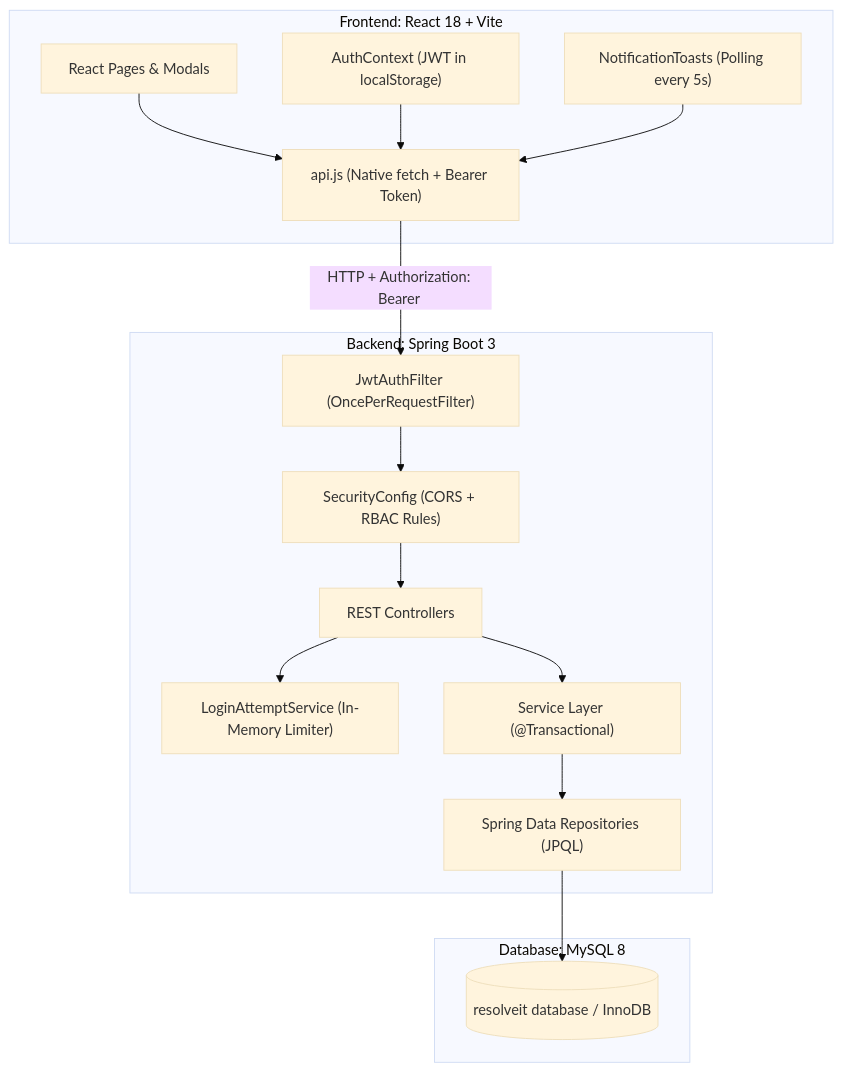
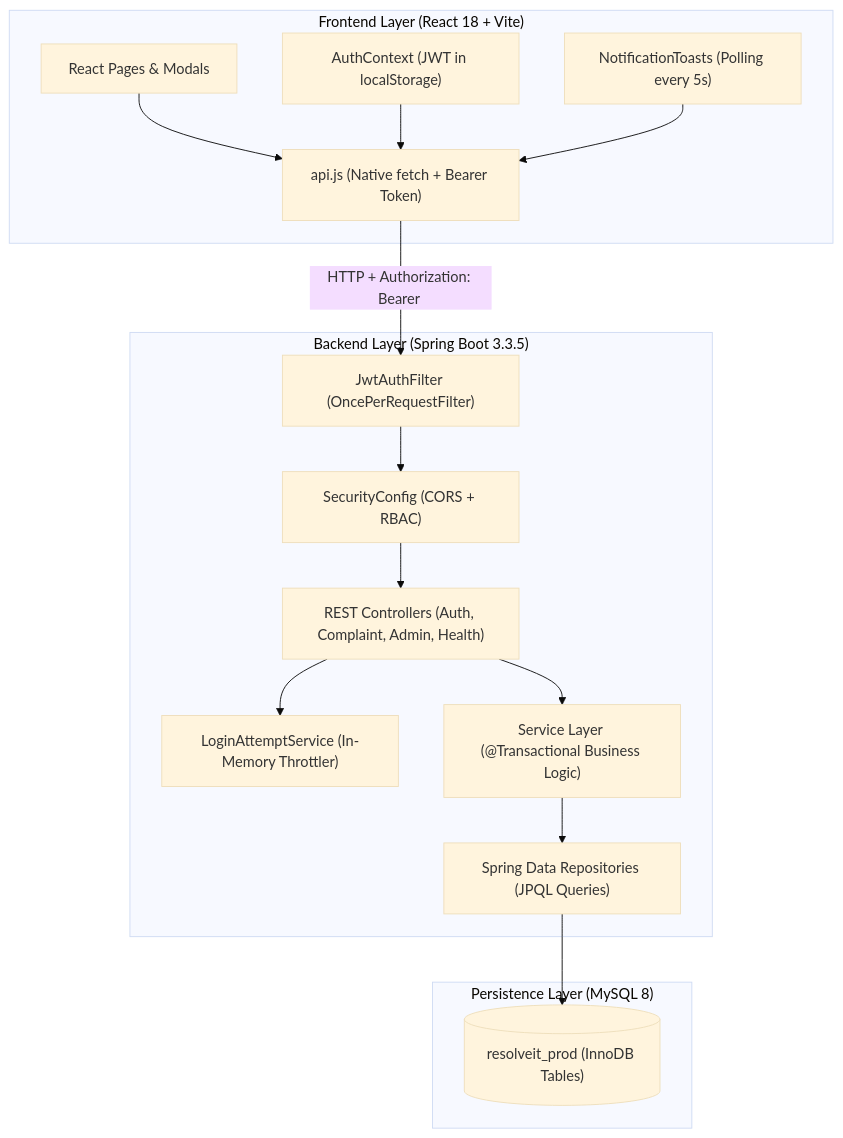
The second of 4 diagrams in README.md (Ramprasad-Prajapat/resolveit-smart-ticket-system), drawn with Mermaid (base theme) before and after one commit. The commit also changed other lines of this file, not shown here.

````diff
--- a/README.md
+++ b/README.md
@@ -32,33 +138,33 @@
 ```mermaid
 flowchart TD
-    subgraph Client["Frontend: React 18 + Vite"]
+    subgraph Frontend["Frontend Layer (React 18 + Vite)"]
         UI["React Pages & Modals"]
         API["api.js (Native fetch + Bearer Token)"]
         Auth["AuthContext (JWT in localStorage)"]
         Notif["NotificationToasts (Polling every 5s)"]
     end
 
-    subgraph Server["Backend: Spring Boot 3"]
+    subgraph Backend["Backend Layer (Spring Boot 3.3.5)"]
         JWT["JwtAuthFilter (OncePerRequestFilter)"]
-        Sec["SecurityConfig (CORS + RBAC Rules)"]
-        Throttle["LoginAttemptService (In-Memory Limiter)"]
-        Ctrl["REST Controllers"]
-        Svc["Service Layer (@Transactional)"]
-        Repo["Spring Data Repositories (JPQL)"]
+        Sec["SecurityConfig (CORS + RBAC)"]
+        RateLimit["LoginAttemptService (In-Memory Throttler)"]
+        Controllers["REST Controllers (Auth, Complaint, Admin, Health)"]
+        Services["Service Layer (@Transactional Business Logic)"]
+        Repos["Spring Data Repositories (JPQL Queries)"]
     end
 
-    subgraph DB["Database: MySQL 8"]
-        MySQL[("resolveit database / InnoDB")]
+    subgraph Database["Persistence Layer (MySQL 8)"]
+        DB[("resolveit_prod (InnoDB Tables)")]
     end
 
     UI --> API
     Auth --> API
     Notif --> API
-    API -- "HTTP + Authorization: Bearer <token>" --> JWT
+    API -->|HTTP + Authorization: Bearer <token>| JWT
     JWT --> Sec
-    Sec --> Ctrl
-    Ctrl --> Throttle
-    Ctrl --> Svc
-    Svc --> Repo
-    Repo --> MySQL
+    Sec --> Controllers
+    Controllers --> RateLimit
+    Controllers --> Services
+    Services --> Repos
+    Repos --> DB
 ```
````
